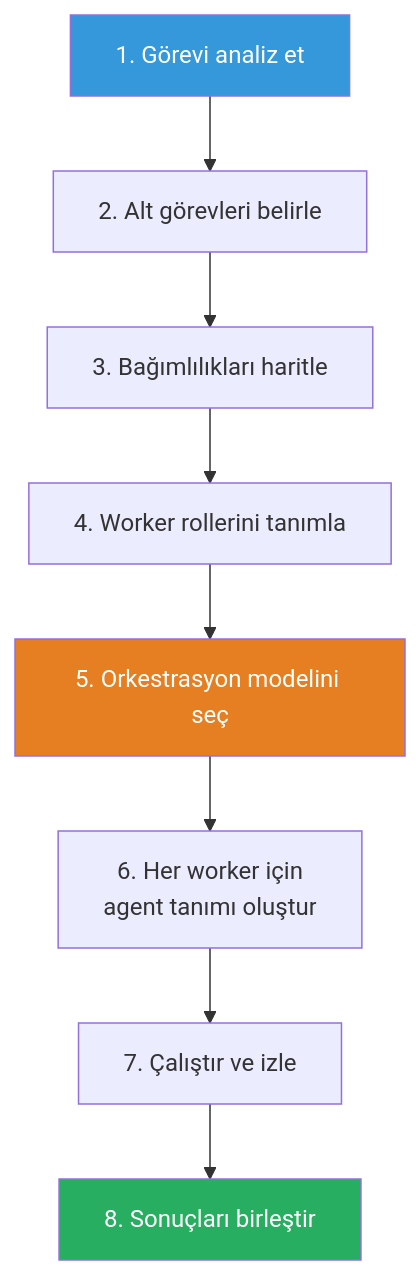
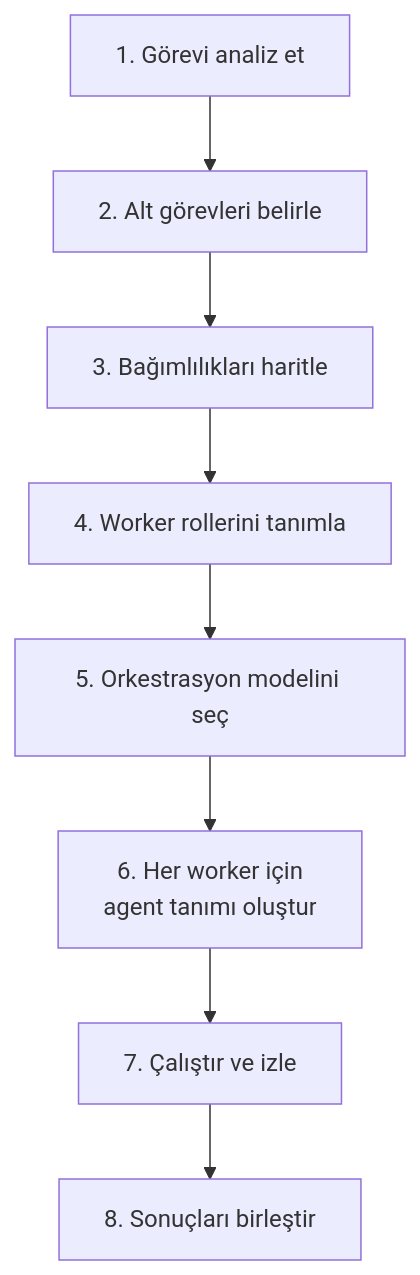
Diagram 12 of 12 in 13-subagentlar-ve-agent-takimlari/04-agent-takimlari.md (IzzetYasinAtes/ClaudeCodeHandbook), drawn with Mermaid before and after one commit. The commit also changed other lines of this file and 97 other files, not shown here.

Commit message:
Remove all custom Mermaid style/fill colors from 98 markdown files for consistent dark theme rendering

````diff
--- a/13-subagentlar-ve-agent-takimlari/04-agent-takimlari.md
+++ b/13-subagentlar-ve-agent-takimlari/04-agent-takimlari.md
@@ -331,14 +311,11 @@
 ```mermaid
 flowchart TD
     S1["1. Görevi analiz et"] --> S2["2. Alt görevleri belirle"]
     S2 --> S3["3. Bağımlılıkları haritle"]
     S3 --> S4["4. Worker rollerini tanımla"]
     S4 --> S5["5. Orkestrasyon modelini seç"]
     S5 --> S6["6. Her worker için<br/>agent tanımı oluştur"]
     S6 --> S7["7. Çalıştır ve izle"]
     S7 --> S8["8. Sonuçları birleştir"]
 
-    style S1 fill:#3498DB,color:#fff
-    style S5 fill:#E67E22,color:#fff
-    style S8 fill:#27AE60,color:#fff
 ```
````
